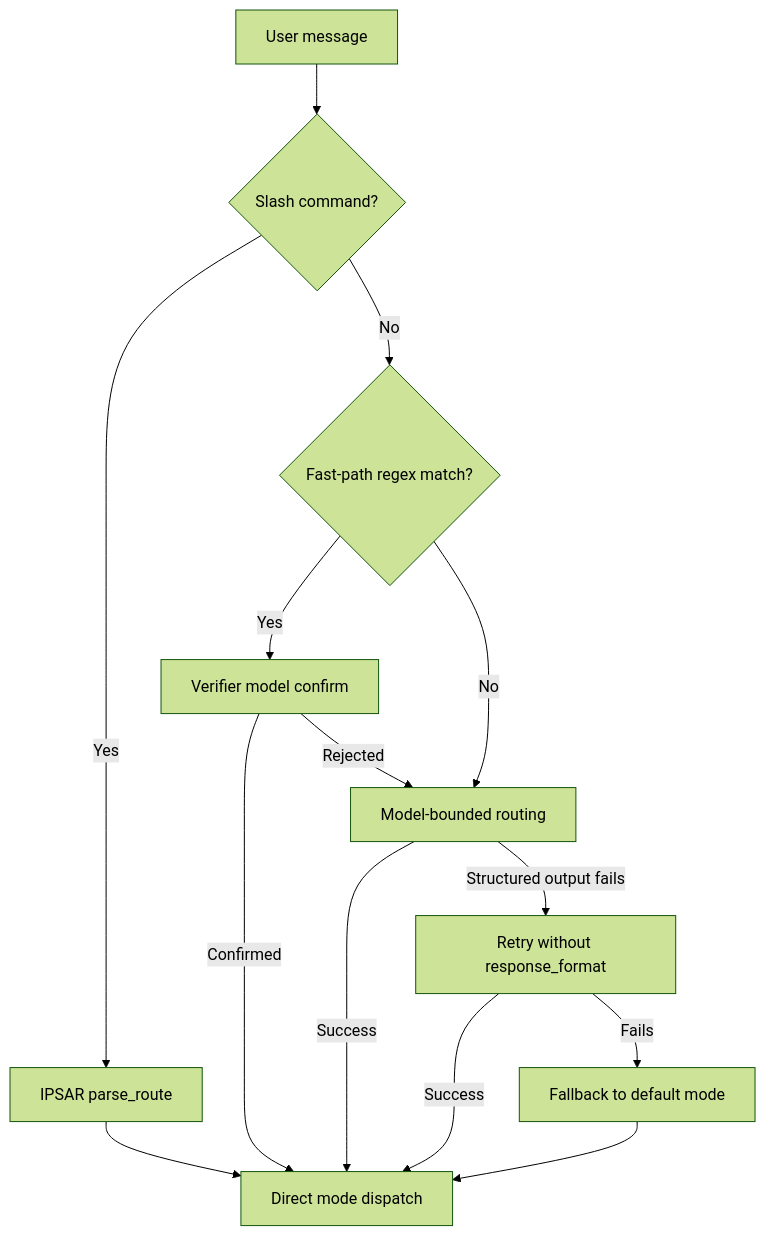
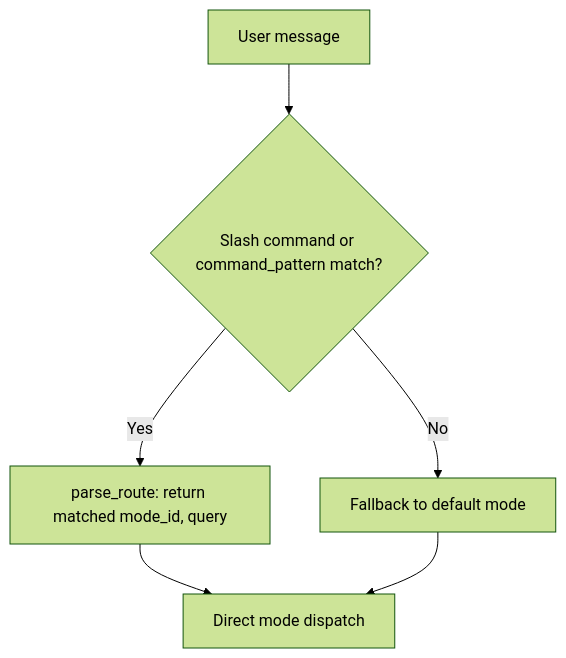
Before and after one commit to Lisa-Harness/lisa: the third of 4 diagrams in docs/KERNEL_ARCHITECTURE.md, drawn with Mermaid (forest theme). The commit also changed other lines of this file and 28 other files, not shown here.

````diff
--- a/docs/KERNEL_ARCHITECTURE.md
+++ b/docs/KERNEL_ARCHITECTURE.md
@@ -327,16 +332,8 @@
 ```mermaid
 flowchart TD
-    A[User message] --> B{Slash command?}
-    B -->|Yes| C[IPSAR parse_route]
-    C --> D[Direct mode dispatch]
-    B -->|No| E{Fast-path regex match?}
-    E -->|Yes| F[Verifier model confirm]
-    F -->|Confirmed| D
-    F -->|Rejected| G[Model-bounded routing]
-    E -->|No| G
-    G -->|Success| D
-    G -->|Structured output fails| H[Retry without response_format]
-    H -->|Success| D
-    H -->|Fails| I[Fallback to default mode]
-    I --> D
+    A[User message] --> B{Slash command or command_pattern match?}
+    B -->|Yes| C[parse_route: return matched mode_id, query]
+    B -->|No| D[Fallback to default mode]
+    C --> E[Direct mode dispatch]
+    D --> E
 ```
````
